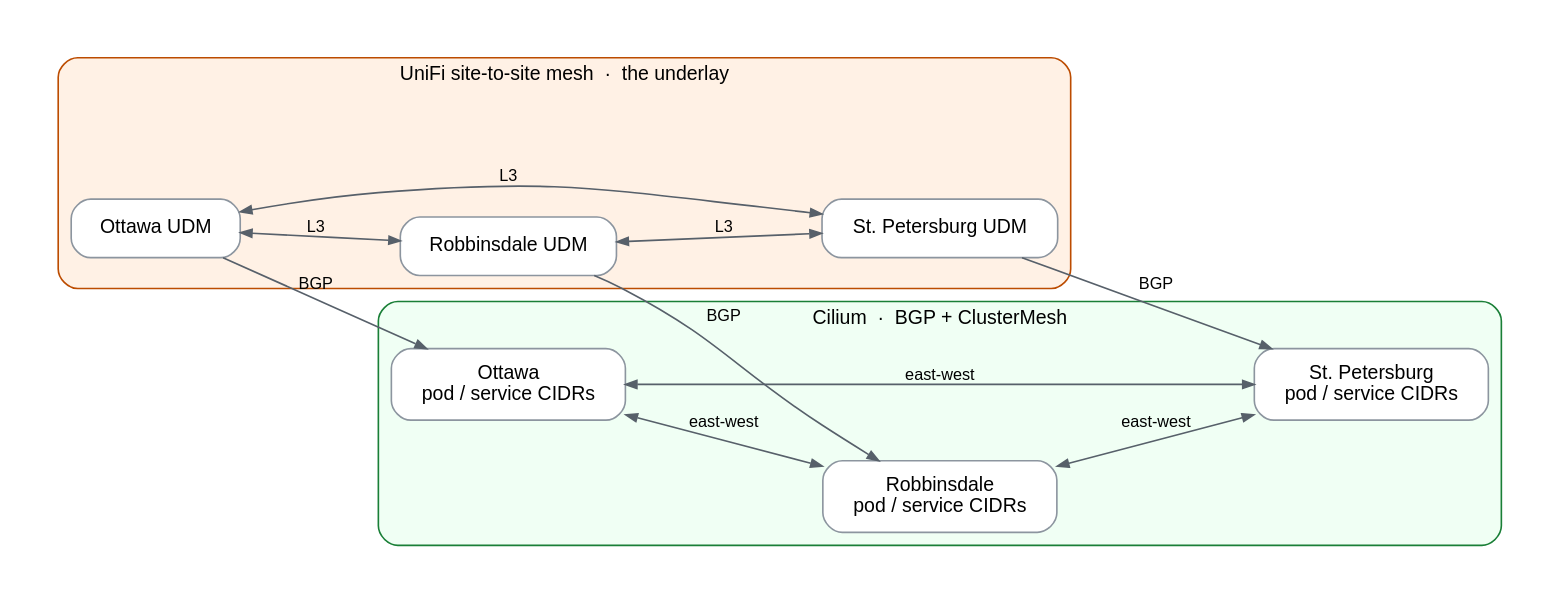
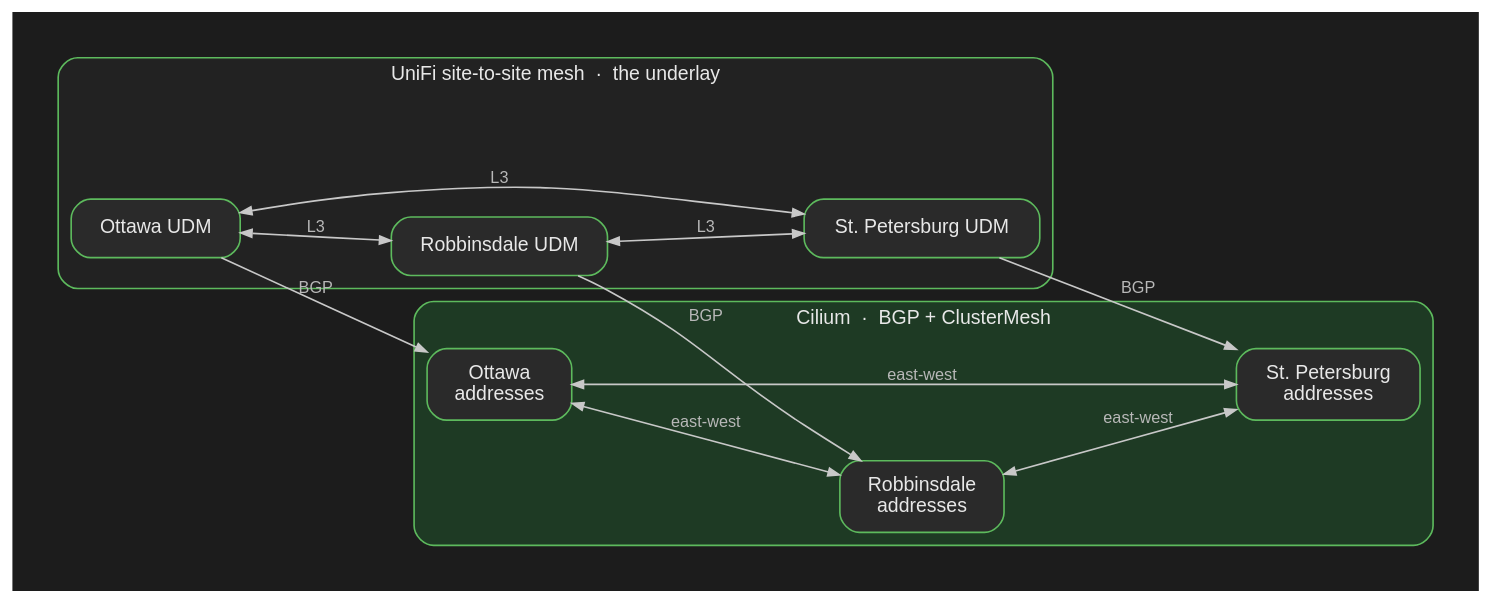
The diagram in content/post/self-hosting-an-ai-cdn/unifi-mesh.dot (rajsinghtech/portfolio), drawn with Graphviz before and after one commit. The commit also changed 29 other files, not shown here.

First line of the commit message:
Dark-mode diagrams, city map cover, plus CNPG and Kopiur

```diff
--- a/content/post/self-hosting-an-ai-cdn/unifi-mesh.dot
+++ b/content/post/self-hosting-an-ai-cdn/unifi-mesh.dot
@@ -1,35 +1,36 @@
 digraph unifi {
   graph [
-    rankdir=LR, splines=spline, bgcolor="#ffffff",
-    fontname="Helvetica", fontsize=12, pad=0.28, nodesep=0.4, ranksep=1.0
+    rankdir=LR, splines=spline, bgcolor="#1c1c1c",
+    fontname="Helvetica", fontsize=12, pad=0.28, nodesep=0.4, ranksep=1.0,
+    fontcolor="#e8e8e8"
   ];
   node [fontname="Helvetica", fontsize=12, shape=box, style="filled,rounded",
-        fillcolor="#ffffff", color="#8c959f", margin="0.20,0.12"];
-  edge [fontname="Helvetica", fontsize=10, color="#57606a", arrowsize=0.7];
+        fillcolor="#2a2a2a", color="#5dba5d", fontcolor="#e8e8e8", margin="0.20,0.12"];
+  edge [fontname="Helvetica", fontsize=10, color="#c8c8c8", fontcolor="#b8b8b8", arrowsize=0.7];
 
   subgraph cluster_unifi {
     label="UniFi site-to-site mesh  ·  the underlay";
-    style="rounded,filled"; fillcolor="#fff1e5"; color="#bc4c00"; fontsize=12;
+    style="rounded,filled"; fillcolor="#222222"; color="#5dba5d"; fontsize=12; fontcolor="#e8e8e8";
     u_ot [label="Ottawa UDM"];
     u_rb [label="Robbinsdale UDM"];
     u_sp [label="St. Petersburg UDM"];
     u_ot -> u_rb [dir=both, label="L3"];
     u_ot -> u_sp [dir=both, label="L3"];
     u_rb -> u_sp [dir=both, label="L3"];
   }
 
   subgraph cluster_cilium {
     label="Cilium  ·  BGP + ClusterMesh";
-    style="rounded,filled"; fillcolor="#f0fff4"; color="#1a7f37"; fontsize=12;
-    c_ot [label="Ottawa\npod / service CIDRs"];
-    c_rb [label="Robbinsdale\npod / service CIDRs"];
-    c_sp [label="St. Petersburg\npod / service CIDRs"];
+    style="rounded,filled"; fillcolor="#1e3a24"; color="#5dba5d"; fontsize=12; fontcolor="#e8e8e8";
+    c_ot [label="Ottawa\naddresses"];
+    c_rb [label="Robbinsdale\naddresses"];
+    c_sp [label="St. Petersburg\naddresses"];
     c_ot -> c_rb [dir=both, label="east-west"];
     c_ot -> c_sp [dir=both, label="east-west"];
     c_rb -> c_sp [dir=both, label="east-west"];
   }
 
   u_ot -> c_ot [label="BGP"];
   u_rb -> c_rb [label="BGP"];
   u_sp -> c_sp [label="BGP"];
 }
```
